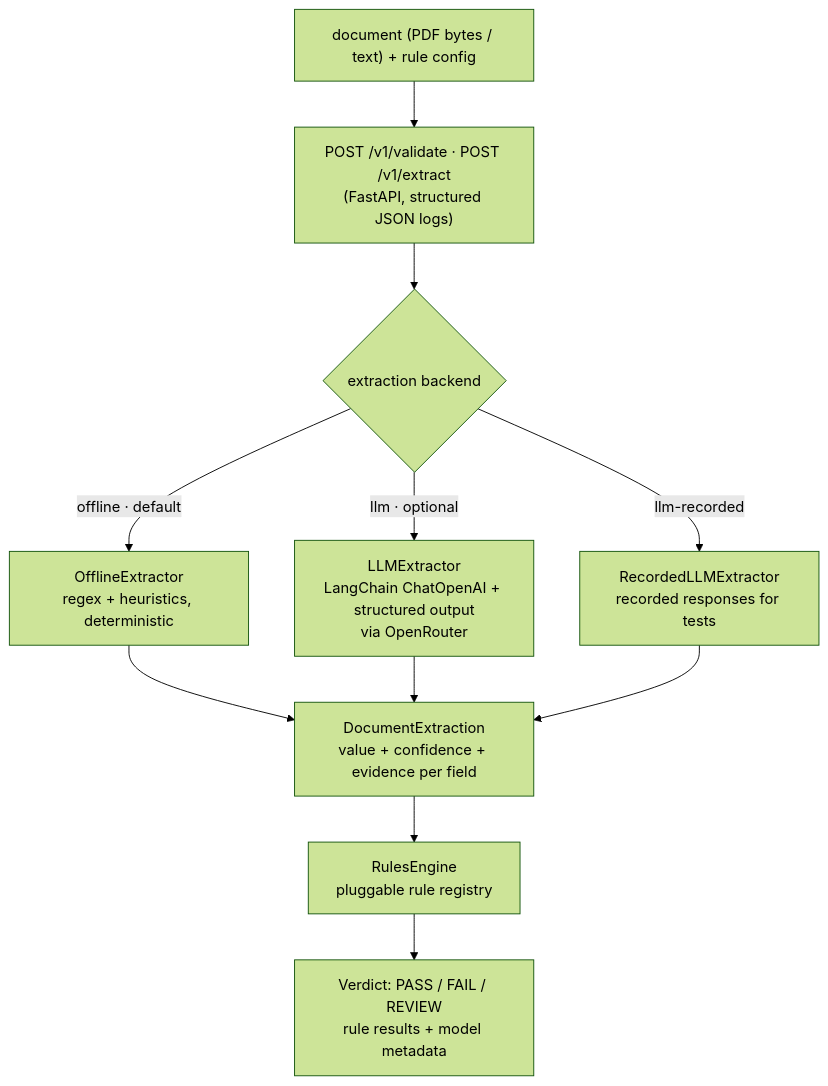
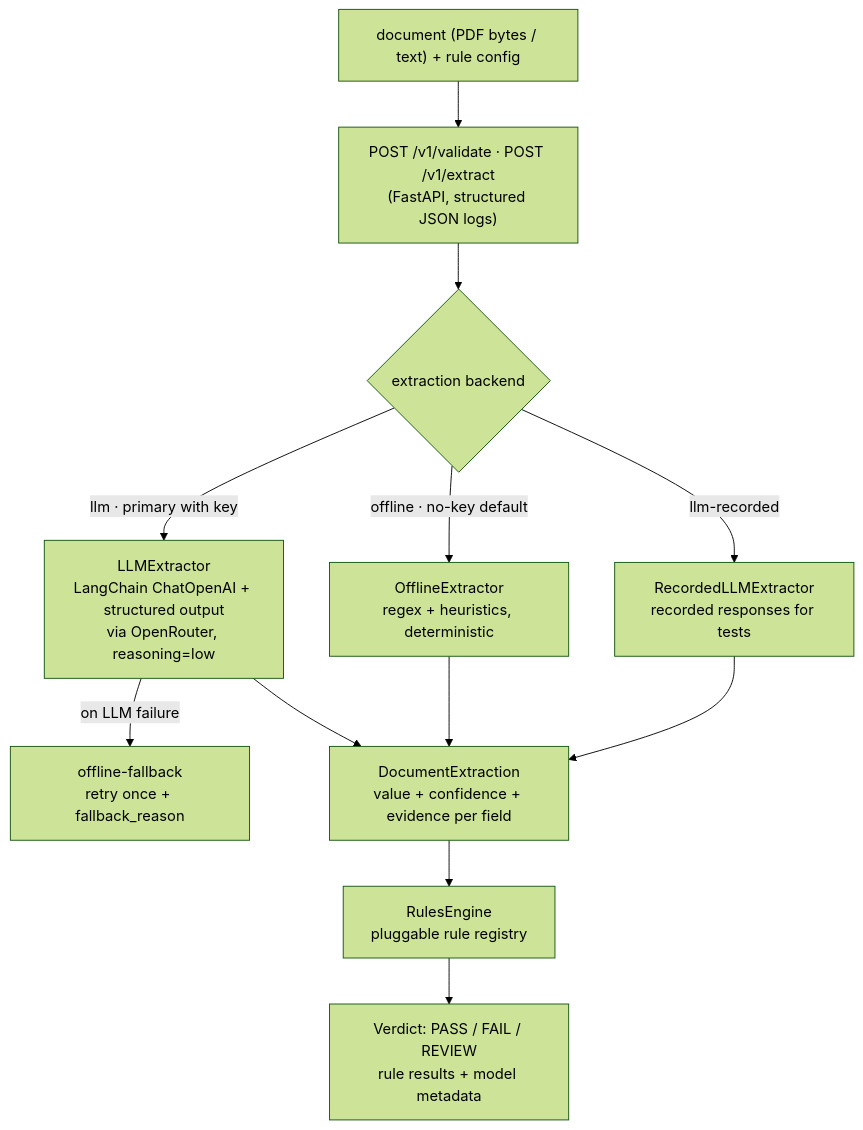
Before and after one commit to PedroOrtix/ai-document-validator: the diagram in README.md, drawn with Mermaid (forest theme). The commit also changed other lines of this file and 7 other files, not shown here.

First line of the commit message:
feat: llm-first backend selection with offline runtime fallback

````diff
--- a/README.md
+++ b/README.md
@@ -118,13 +137,14 @@
 ```mermaid
 flowchart TD
     A["document (PDF bytes / text) + rule config"] --> B["POST /v1/validate · POST /v1/extract<br/>(FastAPI, structured JSON logs)"]
     B --> C{extraction backend}
-    C -->|offline · default| D["OfflineExtractor<br/>regex + heuristics, deterministic"]
-    C -->|llm · optional| E["LLMExtractor<br/>LangChain ChatOpenAI + structured output<br/>via OpenRouter"]
+    C -->|llm · primary with key| E["LLMExtractor<br/>LangChain ChatOpenAI + structured output<br/>via OpenRouter, reasoning=low"]
+    C -->|offline · no-key default| D["OfflineExtractor<br/>regex + heuristics, deterministic"]
+    E -->|on LLM failure| D2["offline-fallback<br/>retry once + fallback_reason"]
     C -->|llm-recorded| F["RecordedLLMExtractor<br/>recorded responses for tests"]
     D --> G["DocumentExtraction<br/>value + confidence + evidence per field"]
     E --> G
     F --> G
     G --> H["RulesEngine<br/>pluggable rule registry"]
     H --> I["Verdict: PASS / FAIL / REVIEW<br/>rule results + model metadata"]
 ```
````
